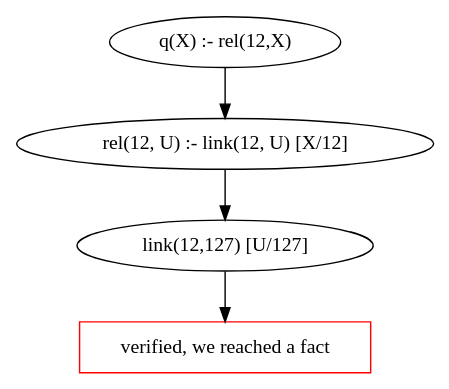
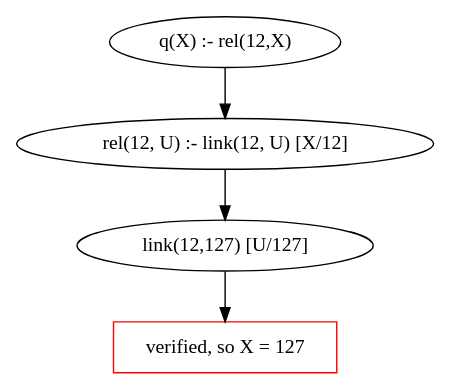
One commit to AndreaCrotti/database-implementation changed the second of 2 diagrams in solutions/db_sol11.org. Above: the diagram before and after it, drawn with Graphviz. The commit also changed other lines of this file and 2 other files, not shown here.

Commit message:
graph for ex2_1

```diff
--- a/solutions/db_sol11.org
+++ b/solutions/db_sol11.org
@@ -37,9 +54,9 @@
-#+begin_src dot :file es11_2_1.pdf :cmdline -Tpdf :exports none :results silent
+#+begin_src dot :file es11_2_2.pdf :cmdline -Tpdf :exports none :results silent
    digraph G {
 	   t0 [ label = "q(X) :- rel(12,X)" ];
 	   t1 [ label = "rel(12, U) :- link(12, U) [X/12]" ];
            t2 [ label = "link(12,127) [U/127]" ];
-           t3 [ color="red", shape="box", label = "verified, we reached a fact" ];
+           t3 [ color="red", shape="box", label = "verified, so X = 127" ];
            t0 -> t1 -> t2 -> t3;
    }
 #+end_src
```
